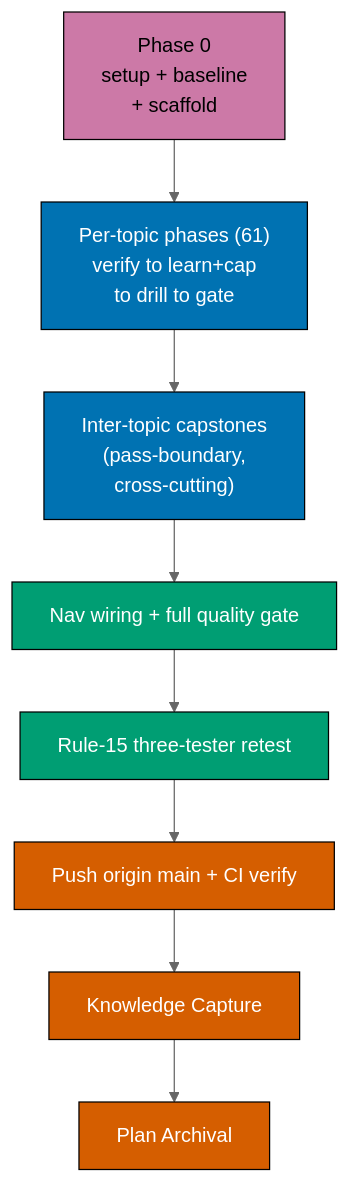
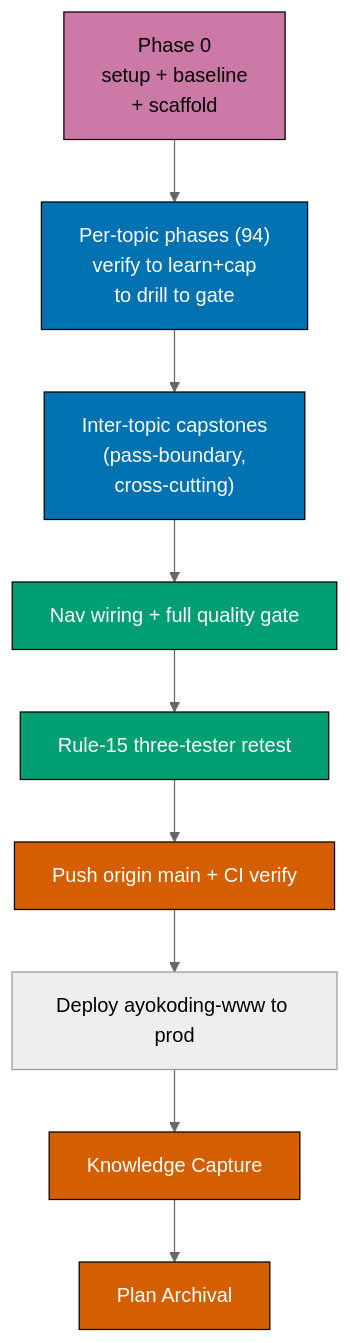
One commit to wahidyankf/baseerah changed the third of 3 diagrams in plans/in-progress/the-well-grounded-software-engineer/tech-docs.md. Above: the diagram before and after it, drawn with Mermaid (neutral theme). The commit also changed other lines of this file and 79 other files, not shown here.

````diff
--- a/plans/in-progress/the-well-grounded-software-engineer/tech-docs.md
+++ b/plans/in-progress/the-well-grounded-software-engineer/tech-docs.md
@@ -366,19 +366,20 @@
 ```mermaid
 flowchart TD
-    P0["Phase 0<br/>setup + baseline<br/>+ scaffold"] --> PT["Per-topic phases (61)<br/>verify to learn+cap<br/>to drill to gate"]
+    P0["Phase 0<br/>setup + baseline<br/>+ scaffold"] --> PT["Per-topic phases (94)<br/>verify to learn+cap<br/>to drill to gate"]
     PT --> PC["Inter-topic capstones<br/>(pass-boundary,<br/>cross-cutting)"]
     PC --> PN["Nav wiring + full quality gate"]
     PN --> PR["Rule-15 three-tester retest"]
     PR --> PP["Push origin main + CI verify"]
-    PP --> PK["Knowledge Capture"]
+    PP --> PD["Deploy ayokoding-www to prod"]
+    PD --> PK["Knowledge Capture"]
     PK --> PA["Plan Archival"]
 
     classDef setup fill:#CC79A7,stroke:#000,color:#000
     classDef topic fill:#0072B2,stroke:#000,color:#fff
     classDef cap fill:#009E73,stroke:#000,color:#fff
     classDef final fill:#D55E00,stroke:#000,color:#fff
     class P0 setup
     class PT,PC topic
     class PN,PR cap
     class PP,PK,PA final
 ```
````
